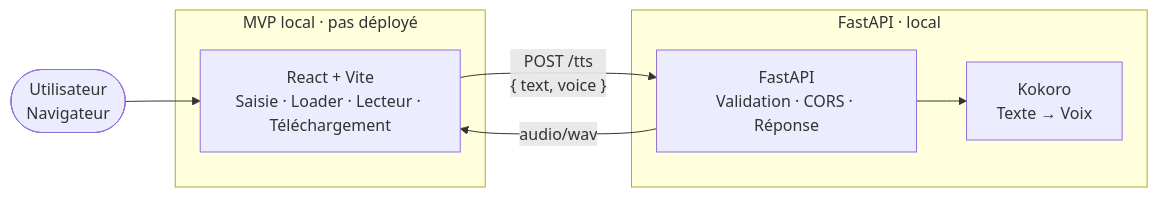
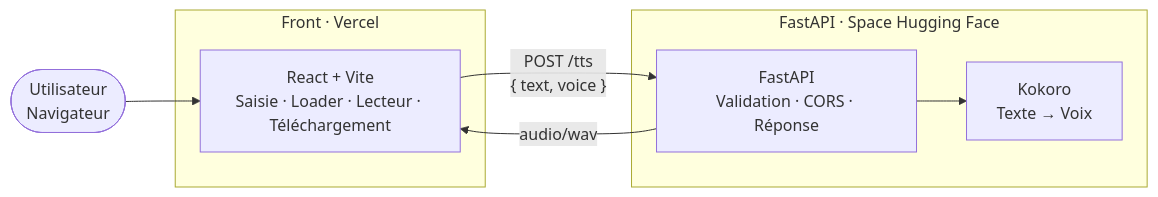
One commit to iamydgel/mora changed the diagram in README.fr.md. Above: the diagram before and after it, drawn with Mermaid. The commit also changed other lines of this file and 1 other file, not shown here.

````diff
--- a/README.fr.md
+++ b/README.fr.md
@@ -140,17 +140,17 @@
 ```mermaid
 flowchart LR
     U([Utilisateur<br/>Navigateur]) --> F
 
-    subgraph Local ["MVP local · pas déployé"]
+    subgraph Frontend ["Front · Vercel"]
         F["React + Vite<br/>Saisie · Loader · Lecteur · Téléchargement"]
     end
 
-    subgraph API ["FastAPI · local"]
+    subgraph API ["FastAPI · Space Hugging Face"]
         A["FastAPI<br/>Validation · CORS · Réponse"]
         M["Kokoro<br/>Texte → Voix"]
         A --> M
     end
 
     F -- "POST /tts<br/>{ text, voice }" --> A
     A -- "audio/wav" --> F
 ```
````
